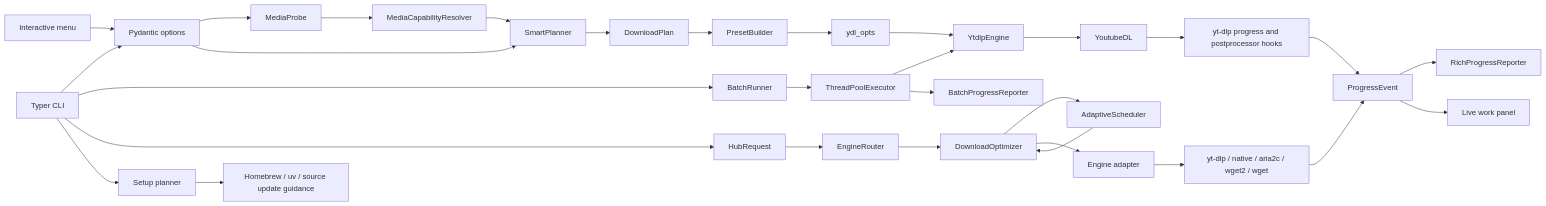
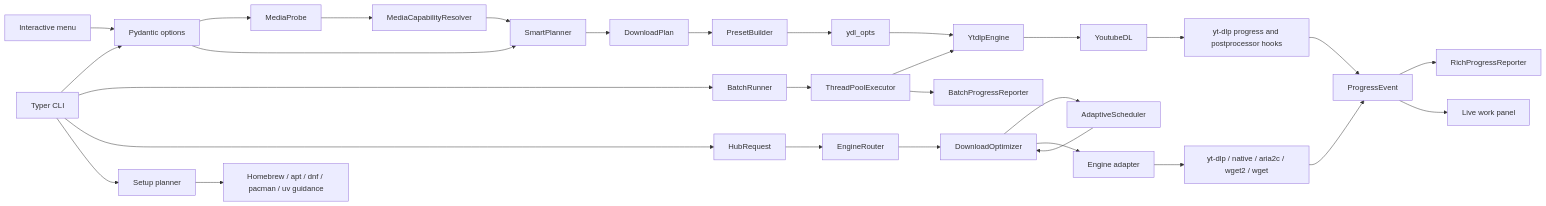
One commit to xkam7ar/atlas-download-manager changed the diagram in docs/architecture.md. Above: the diagram before and after it, drawn with Mermaid. The commit also changed other lines of this file and 69 other files, not shown here.

````diff
--- a/docs/architecture.md
+++ b/docs/architecture.md
@@ -71,32 +74,32 @@
 ```mermaid
 flowchart LR
     A["Typer CLI"] --> B["Pydantic options"]
     U["Interactive menu"] --> B
     B --> C["MediaProbe"]
     C --> Z["MediaCapabilityResolver"]
     Z --> D["SmartPlanner"]
     B --> D["SmartPlanner"]
     D --> E["DownloadPlan"]
     E --> F["PresetBuilder"]
     F --> G["ydl_opts"]
     G --> H["YtdlpEngine"]
     H --> I["YoutubeDL"]
     I --> J["yt-dlp progress and postprocessor hooks"]
     J --> K["ProgressEvent"]
     K --> L["RichProgressReporter"]
     K --> V["Live work panel"]
     A --> M["BatchRunner"]
     M --> N["ThreadPoolExecutor"]
     N --> H
     N --> O["BatchProgressReporter"]
     A --> P["HubRequest"]
     P --> Q["EngineRouter"]
     Q --> R["DownloadOptimizer"]
     R --> W["AdaptiveScheduler"]
     W --> R
     R --> S["Engine adapter"]
     S --> T["yt-dlp / native / aria2c / wget2 / wget"]
     T --> K
     A --> X["Setup planner"]
-    X --> Y["Homebrew / uv / source update guidance"]
+    X --> Y["Homebrew / apt / dnf / pacman / uv guidance"]
 ```
````
